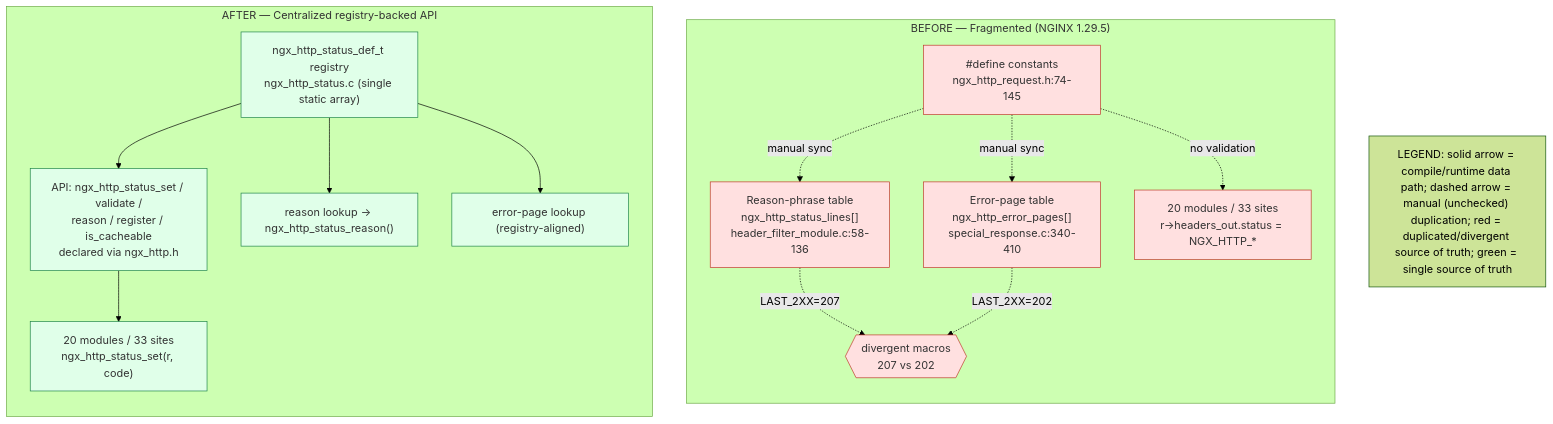
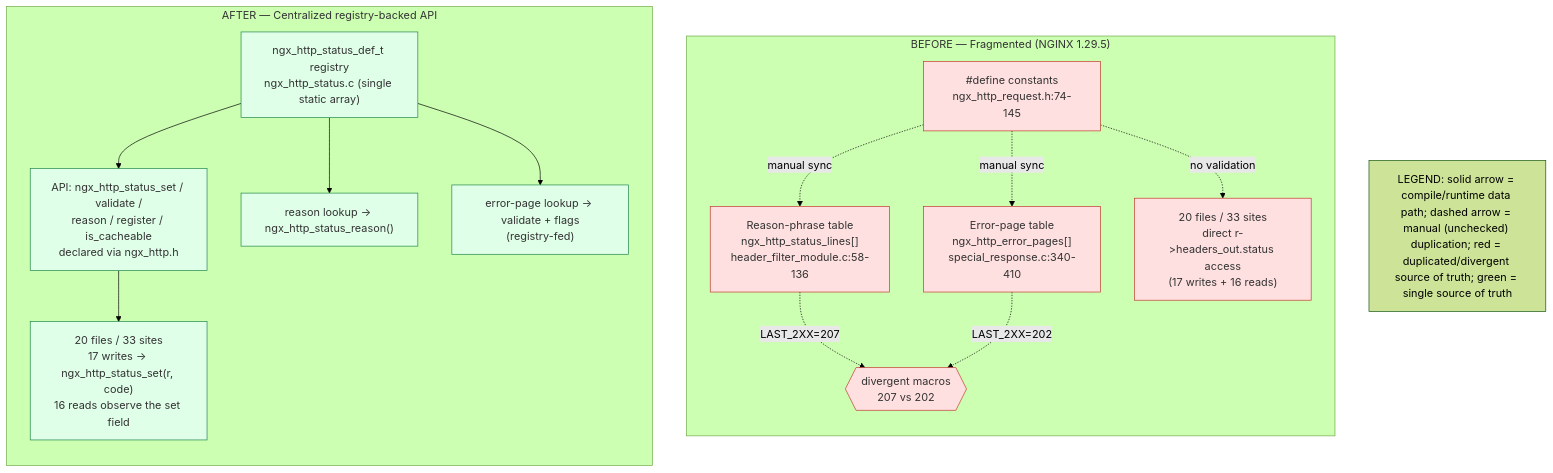
The diagram in docs/decisions/status_code_refactor.md (Blitzy-Sandbox/blitzy-nginx), drawn with Mermaid (forest theme) before and after one commit. The commit also changed other lines of this file and 9 other files, not shown here.

First line of the commit message:
Address code-review findings: registry-fed error-page lookup + governance accuracy

````diff
--- a/docs/decisions/status_code_refactor.md
+++ b/docs/decisions/status_code_refactor.md
@@ -212,33 +228,33 @@
 ```mermaid
 graph TB
     legend["LEGEND: solid arrow = compile/runtime data path; dashed arrow = manual (unchecked) duplication; red = duplicated/divergent source of truth; green = single source of truth"]
 
     subgraph BEFORE["BEFORE — Fragmented (NGINX 1.29.5)"]
         direction TB
         DEF["#define constants<br/>ngx_http_request.h:74-145"]:::bad
         RLT["Reason-phrase table<br/>ngx_http_status_lines[]<br/>header_filter_module.c:58-136"]:::bad
         EPT["Error-page table<br/>ngx_http_error_pages[]<br/>special_response.c:340-410"]:::bad
-        MODS["20 modules / 33 sites<br/>r->headers_out.status = NGX_HTTP_*"]:::bad
+        MODS["20 files / 33 sites<br/>direct r->headers_out.status access<br/>(17 writes + 16 reads)"]:::bad
         DEF -.manual sync.-> RLT
         DEF -.manual sync.-> EPT
         DEF -.no validation.-> MODS
         RLT -. LAST_2XX=207 .-> SKEW{{"divergent macros<br/>207 vs 202"}}:::bad
         EPT -. LAST_2XX=202 .-> SKEW
     end
 
     subgraph AFTER["AFTER — Centralized registry-backed API"]
         direction TB
         REG["ngx_http_status_def_t registry<br/>ngx_http_status.c (single static array)"]:::good
         API["API: ngx_http_status_set / validate /<br/>reason / register / is_cacheable<br/>declared via ngx_http.h"]:::good
-        MODS2["20 modules / 33 sites<br/>ngx_http_status_set(r, code)"]:::good
+        MODS2["20 files / 33 sites<br/>17 writes -> ngx_http_status_set(r, code)<br/>16 reads observe the set field"]:::good
         RLT2["reason lookup -> ngx_http_status_reason()"]:::good
-        EPT2["error-page lookup (registry-aligned)"]:::good
+        EPT2["error-page lookup -> validate + flags<br/>(registry-fed)"]:::good
         REG --> API
         API --> MODS2
         REG --> RLT2
         REG --> EPT2
     end
 
     classDef bad fill:#ffe0e0,stroke:#c0392b,color:#333333;
     classDef good fill:#e0ffe9,stroke:#1e8449,color:#333333;
 ```
````
